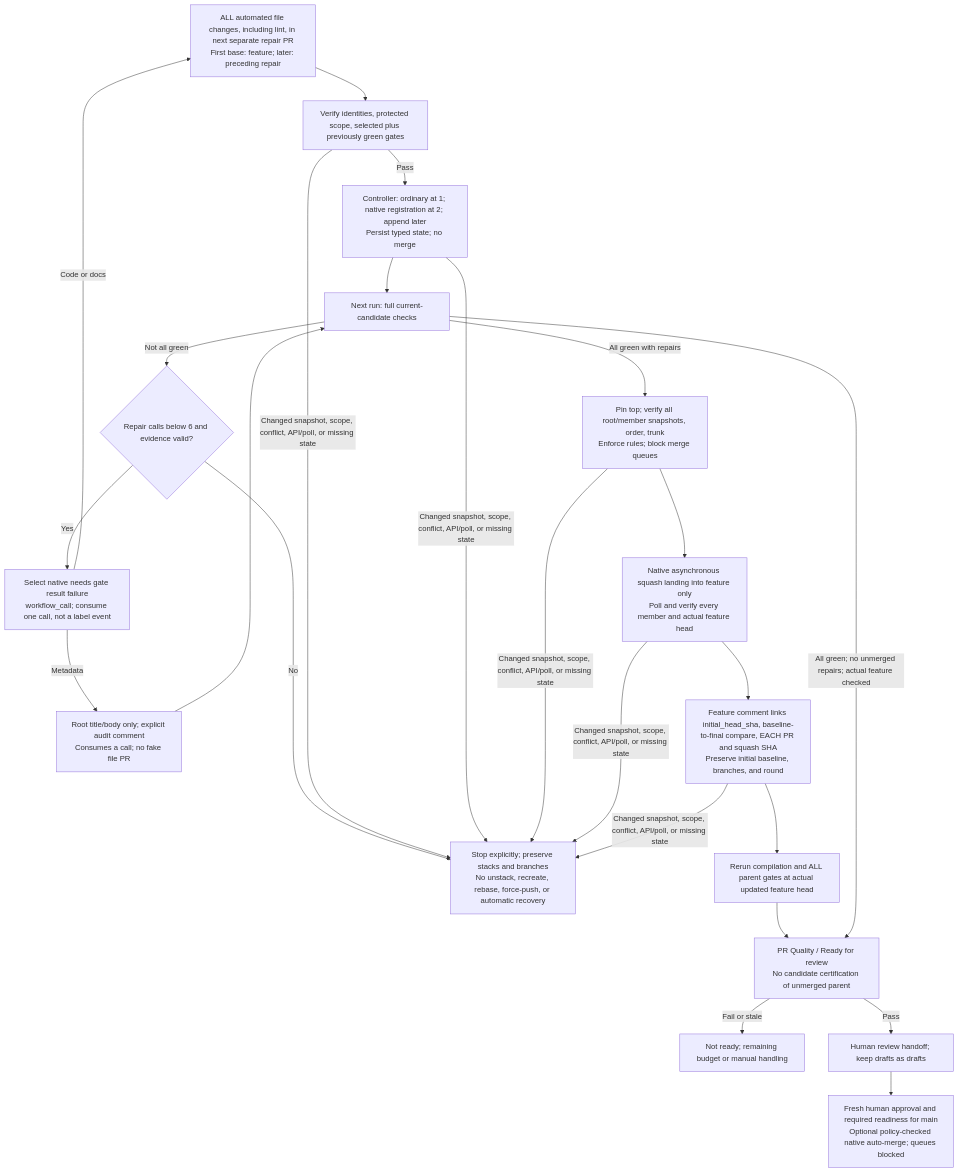
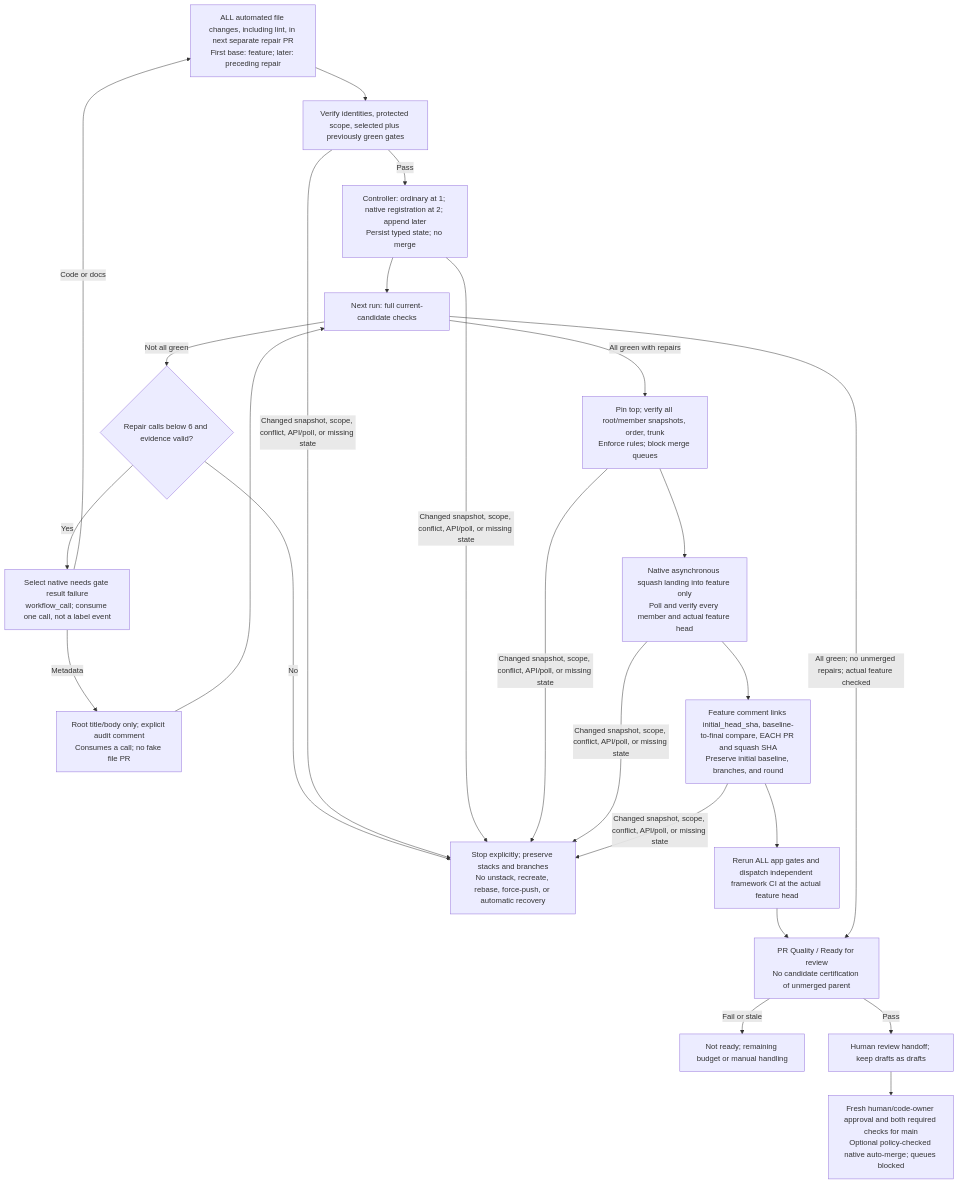
The diagram in docs/pr-review-and-consolidation.md (SitoaderOrg/ForgeFlow), drawn with Mermaid before and after one commit. The commit also changed other lines of this file and 23 other files, not shown here.

First line of the commit message:
refactor(ci): separate framework and application checks

````diff
--- a/docs/pr-review-and-consolidation.md
+++ b/docs/pr-review-and-consolidation.md
@@ -100,22 +101,22 @@
 ```mermaid
 flowchart TD
     Repair["ALL automated file changes, including lint, in next separate repair PR<br/>First base: feature; later: preceding repair"] --> Scoped["Verify identities, protected scope, selected plus previously green gates"]
     Scoped -->|Pass| Register["Controller: ordinary at 1; native registration at 2; append later<br/>Persist typed state; no merge"]
     Register --> Candidate["Next run: full current-candidate checks"]
     Metadata["Root title/body only; explicit audit comment<br/>Consumes a call; no fake file PR"] --> Candidate
     Candidate -->|Not all green| More{"Repair calls below 6 and evidence valid?"}
     More -->|Yes| Select["Select native needs gate result failure<br/>workflow_call; consume one call, not a label event"]
     More -->|No| Stop
     Select -->|"Code or docs"| Repair
     Select -->|Metadata| Metadata
     Candidate -->|All green with repairs| Guard["Pin top; verify all root/member snapshots, order, trunk<br/>Enforce rules; block merge queues"]
     Guard --> Land["Native asynchronous squash landing into feature only<br/>Poll and verify every member and actual feature head"]
     Land --> Audit["Feature comment links initial_head_sha, baseline-to-final compare, EACH PR and squash SHA<br/>Preserve initial baseline, branches, and round"]
-    Audit --> Full["Rerun compilation and ALL parent gates at actual updated feature head"]
+    Audit --> Full["Rerun ALL app gates and dispatch independent framework CI at the actual feature head"]
     Full --> Ready["PR Quality / Ready for review<br/>No candidate certification of unmerged parent"]
     Candidate -->|"All green; no unmerged repairs; actual feature checked"| Ready
     Ready -->|Fail or stale| Blocked["Not ready; remaining budget or manual handling"]
     Ready -->|Pass| Handoff["Human review handoff; keep drafts as drafts"]
-    Handoff --> Policy["Fresh human approval and required readiness for main<br/>Optional policy-checked native auto-merge; queues blocked"]
+    Handoff --> Policy["Fresh human/code-owner approval and both required checks for main<br/>Optional policy-checked native auto-merge; queues blocked"]
     Scoped & Register & Guard & Land & Audit -->|"Changed snapshot, scope, conflict, API/poll, or missing state"| Stop["Stop explicitly; preserve stacks and branches<br/>No unstack, recreate, rebase, force-push, or automatic recovery"]
 ```
````
